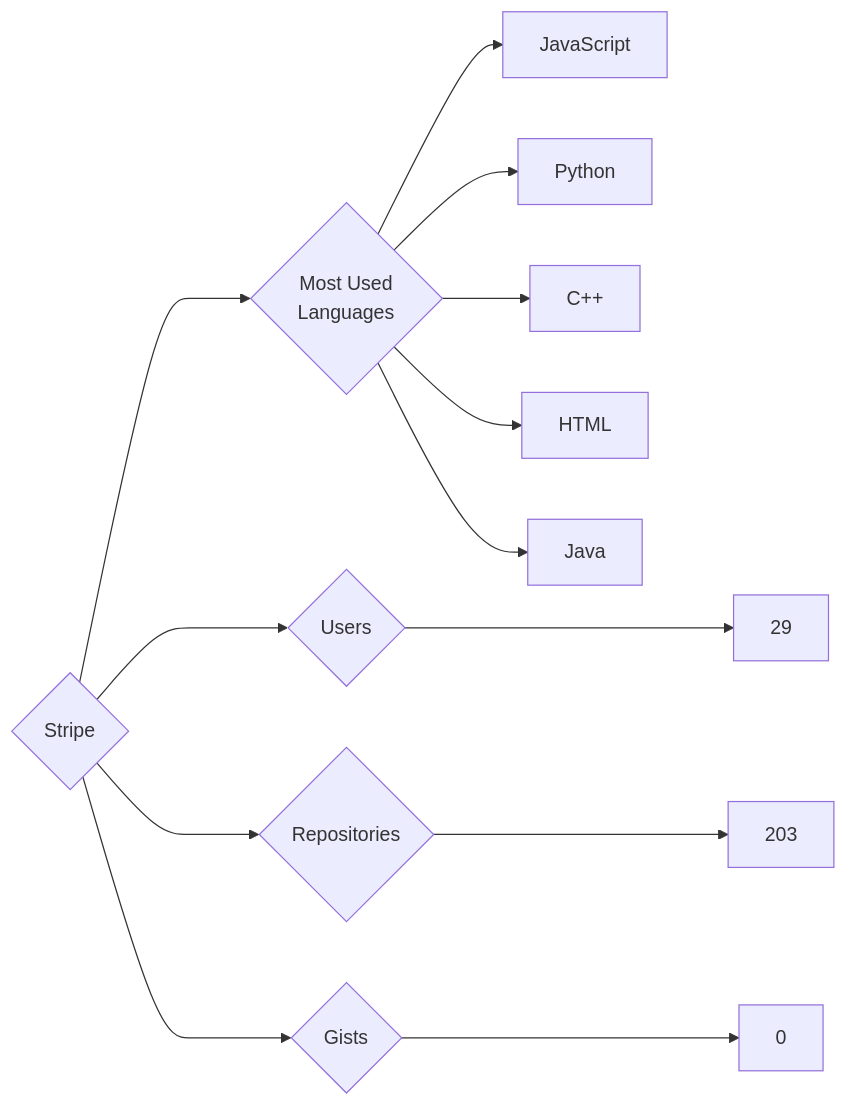
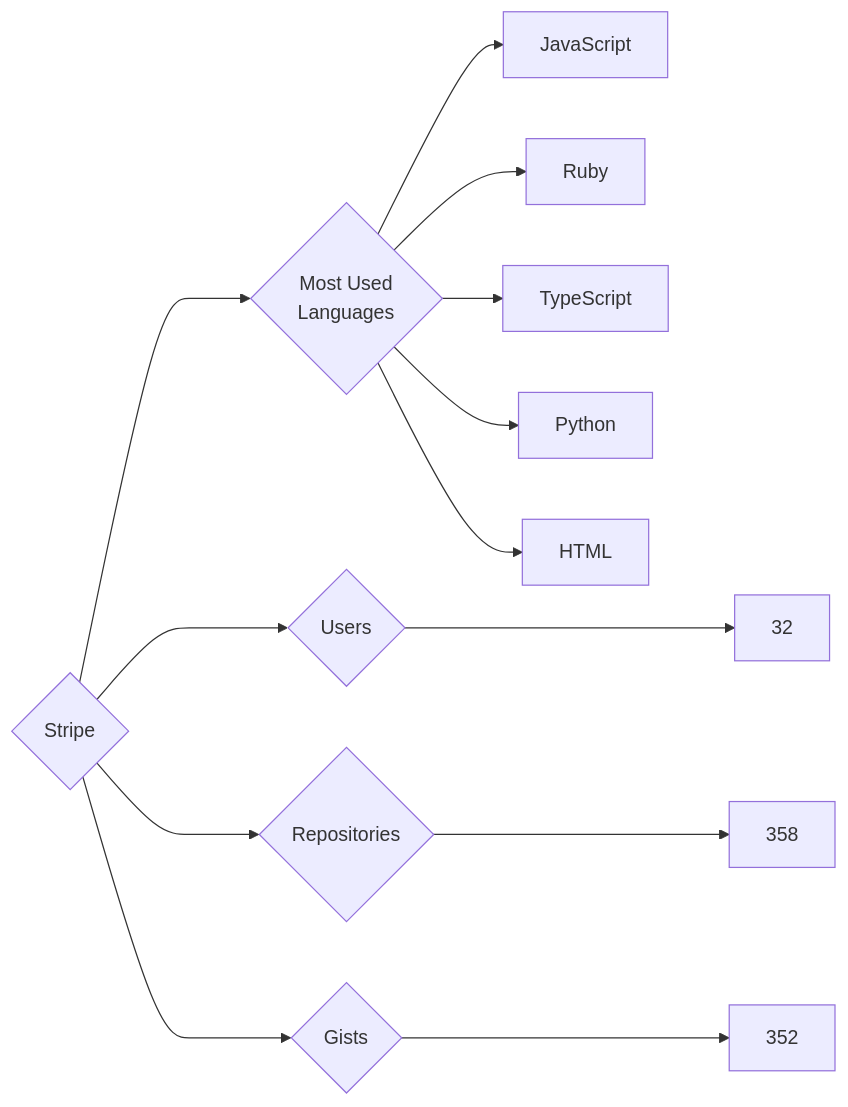
The diagram in targets/Stripe/README.md (trickest/insiders), drawn with Mermaid before and after one commit. The commit also changed 997 other files, not shown here.

````diff
--- a/targets/Stripe/README.md
+++ b/targets/Stripe/README.md
@@ -3,13 +3,13 @@
 ```mermaid
 graph LR
 COMPANY_NAME{Stripe}
-COMPANY_NAME ---> U{Users} ---> UN[29]
-COMPANY_NAME ---> R{Repositories} ---> RN[203]
-COMPANY_NAME ---> G{Gists} ---> GN[0]
+COMPANY_NAME ---> U{Users} ---> UN[32]
+COMPANY_NAME ---> R{Repositories} ---> RN[358]
+COMPANY_NAME ---> G{Gists} ---> GN[352]
 COMPANY_NAME ---> ML{Most Used<br>Languages}
-ML --> JavaScript
-ML --> Python
-ML --> C++
-ML --> HTML
-ML --> Java
+ML --> JavaScript[JavaScript]
+ML --> Ruby[Ruby]
+ML --> TypeScript[TypeScript]
+ML --> Python[Python]
+ML --> HTML[HTML]
 ```
````
